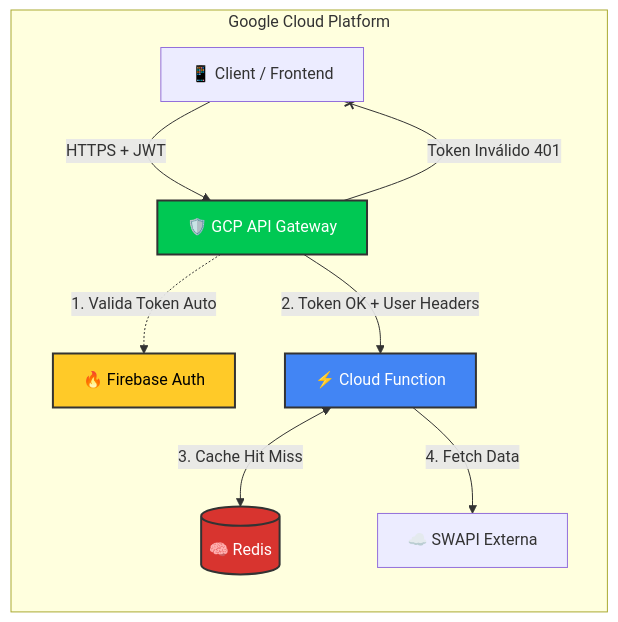
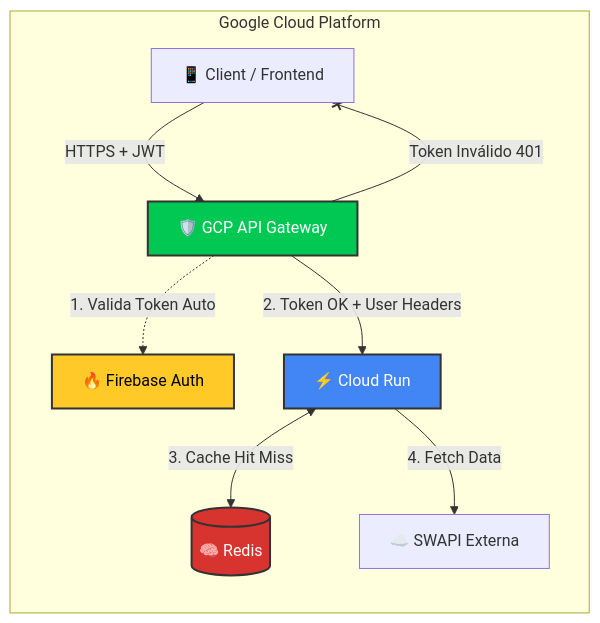
The first of 4 diagrams in ARCHITECTURE.MD (guisilveira/stellar-gateway), drawn with Mermaid before and after one commit. The commit also changed other lines of this file and 4 other files, not shown here.

````diff
--- a/ARCHITECTURE.MD
+++ b/ARCHITECTURE.MD
@@ -30,19 +30,19 @@
 ```mermaid
 flowchart LR
     Client[📱 Client / Frontend] -->|HTTPS + JWT| Gateway[🛡️ GCP API Gateway]
     
     subgraph "Google Cloud Platform"
         Gateway -.->|1. Valida Token Auto| Firebase[🔥 Firebase Auth]
         
-        Gateway -->|2. Token OK + User Headers| GCF[⚡ Cloud Function]
+        Gateway -->|2. Token OK + User Headers| CloudRun[⚡ Cloud Run]
         Gateway --x|Token Inválido 401| Client
         
-        GCF <-->|3. Cache Hit Miss| Redis[(🧠 Redis)]
-        GCF -->|4. Fetch Data| SWAPI[☁️ SWAPI Externa]
+        CloudRun <-->|3. Cache Hit Miss| Redis[(🧠 Redis)]
+        CloudRun -->|4. Fetch Data| SWAPI[☁️ SWAPI Externa]
     end
 
     style Gateway fill:#00C853,stroke:#333,stroke-width:2px,color:white
-    style GCF fill:#4285F4,stroke:#333,stroke-width:2px,color:white
+    style CloudRun fill:#4285F4,stroke:#333,stroke-width:2px,color:white
     style Firebase fill:#FFCA28,stroke:#333,stroke-width:2px,color:black
     style Redis fill:#D8342F,stroke:#333,stroke-width:2px,color:white
 ```
````
